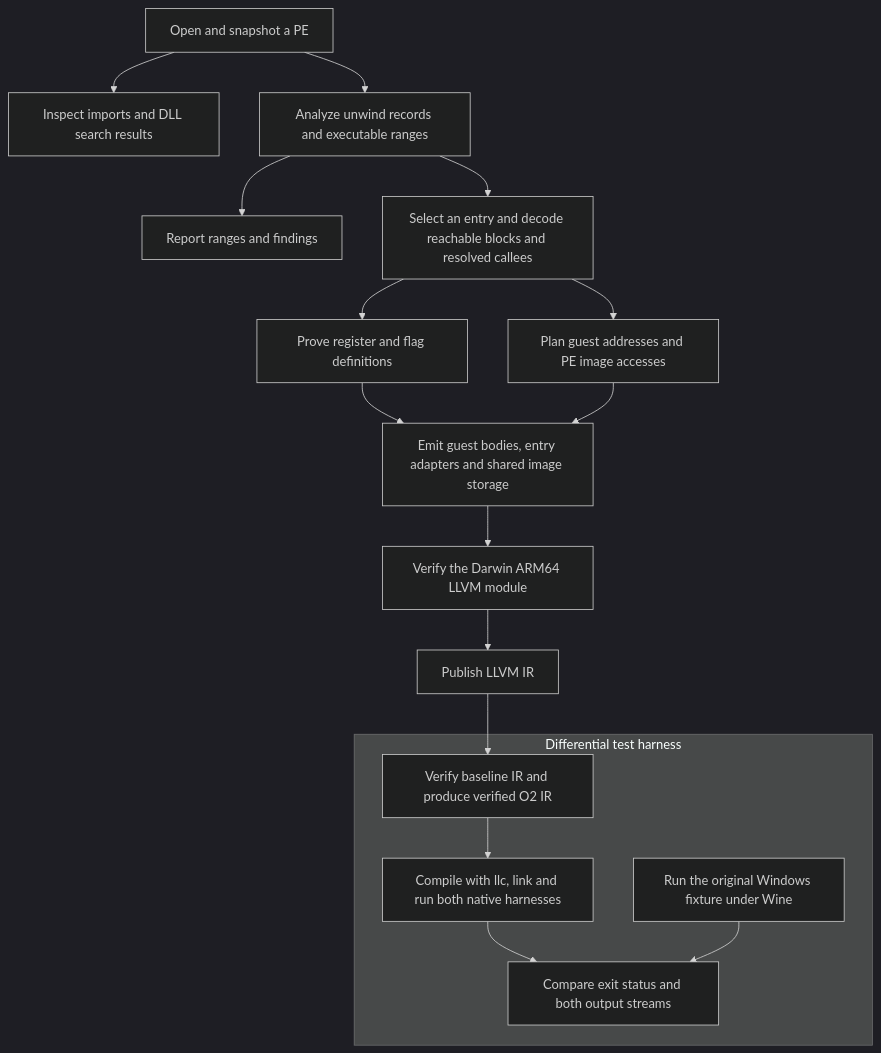
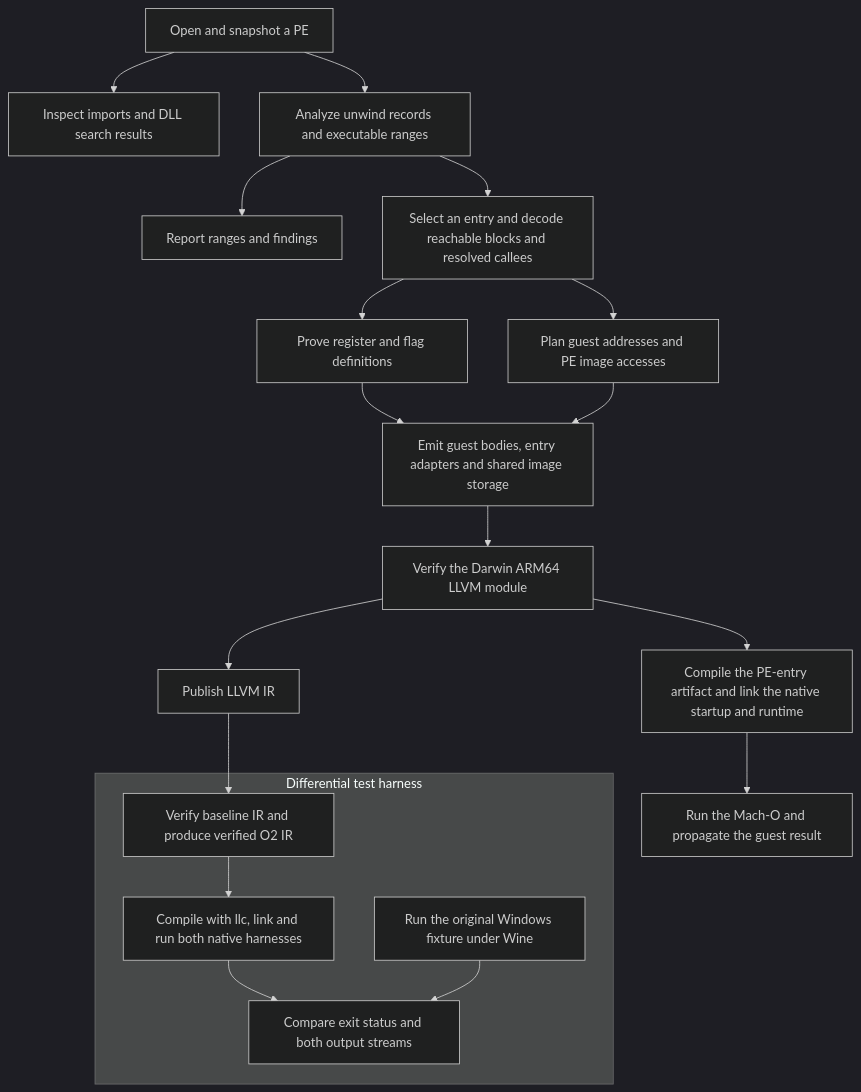
One commit to RecastIR/forge changed the diagram in docs/program-architecture.md. Above: the diagram before and after it, drawn with Mermaid (dark theme). The commit also changed other lines of this file and 44 other files, not shown here.

````diff
--- a/docs/program-architecture.md
+++ b/docs/program-architecture.md
@@ -7,22 +7,24 @@
 ```mermaid
 flowchart TD
     input["Open and snapshot a PE"] --> inspect["Inspect imports and DLL search results"]
     input --> analysis["Analyze unwind records and executable ranges"]
     analysis --> report["Report ranges and findings"]
     analysis --> group["Select an entry and decode reachable blocks and resolved callees"]
     group --> proofs["Prove register and flag definitions"]
     group --> memory["Plan guest addresses and PE image accesses"]
     proofs --> emit["Emit guest bodies, entry adapters and shared image storage"]
     memory --> emit
     emit --> verify["Verify the Darwin ARM64 LLVM module"]
     verify --> publish["Publish LLVM IR"]
+    verify --> link["Compile the PE-entry artifact and link the native startup and runtime"]
+    link --> process["Run the Mach-O and propagate the guest result"]
     subgraph harness["Differential test harness"]
         variants["Verify baseline IR and produce verified O2 IR"]
         native["Compile with llc, link and run both native harnesses"]
         wine["Run the original Windows fixture under Wine"]
         compare["Compare exit status and both output streams"]
         variants --> native --> compare
         wine --> compare
     end
     publish --> variants
 ```
````
